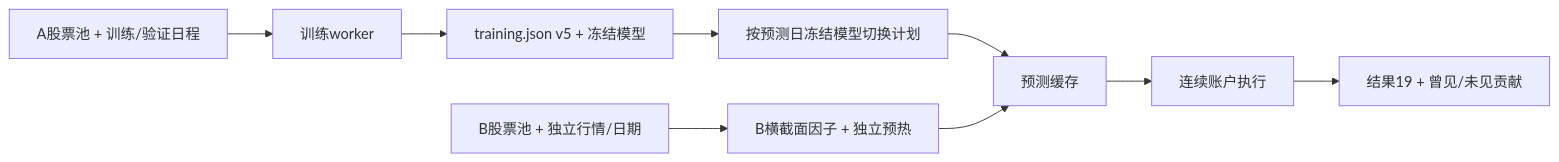
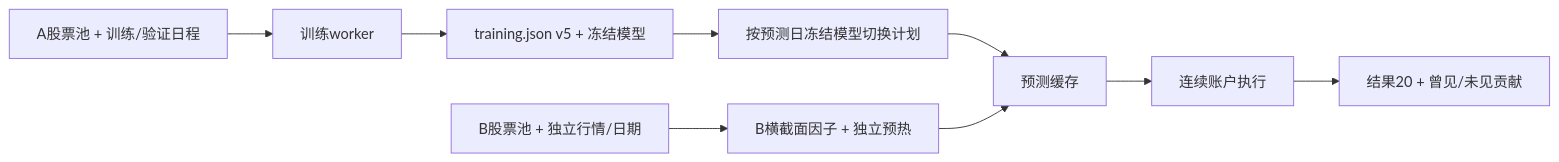
The second of 2 diagrams in crates/workflow/README.md (Dennishaha/JFQuant), drawn with Mermaid before and after one commit. The commit also changed other lines of this file and 48 other files, not shown here.

````diff
--- a/crates/workflow/README.md
+++ b/crates/workflow/README.md
@@ -76,11 +76,11 @@
 ```mermaid
 flowchart LR
   A[A股票池 + 训练/验证日程] --> T[训练worker]
   T --> M[training.json v5 + 冻结模型]
   M --> P[按预测日冻结模型切换计划]
   B[B股票池 + 独立行情/日期] --> F[B横截面因子 + 独立预热]
   P --> S[预测缓存]
   F --> S
   S --> E[连续账户执行]
-  E --> R[结果19 + 曾见/未见贡献]
+  E --> R[结果20 + 曾见/未见贡献]
 ```
````
